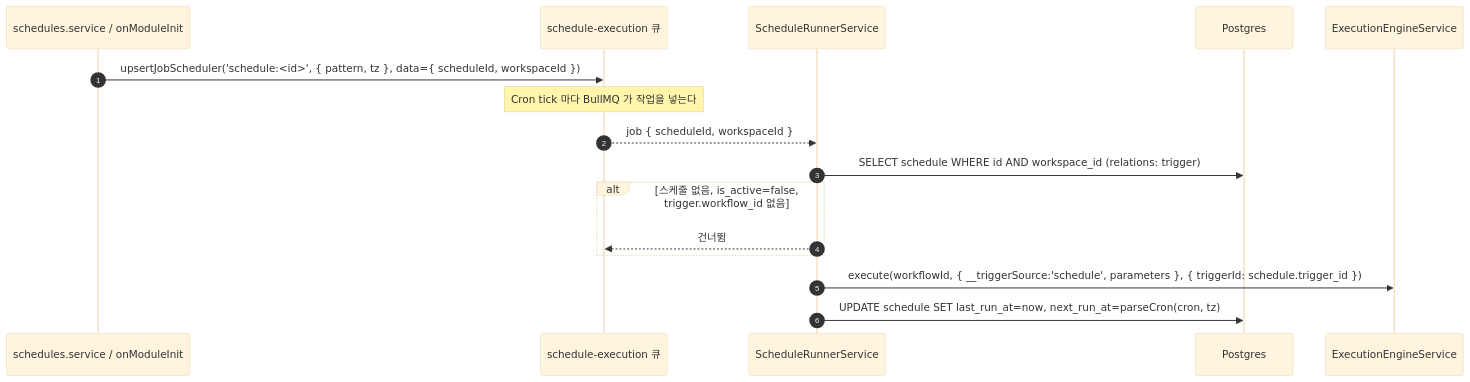
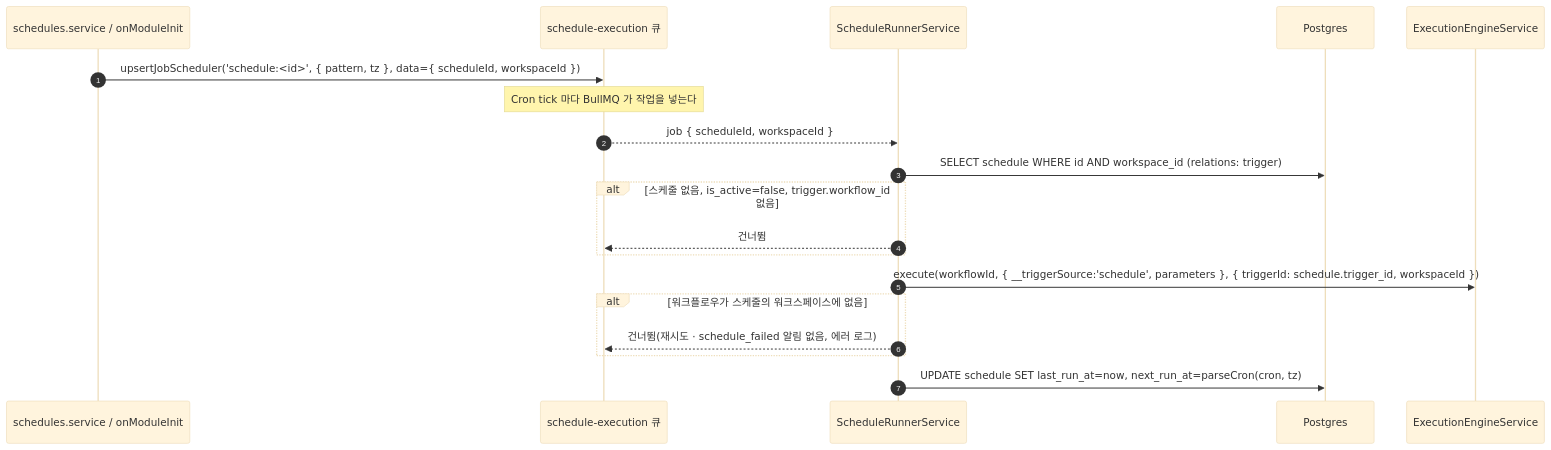
One commit to worker-ants/clemvion changed the fourth of 6 diagrams in spec/CLE-TRIG/CLE-TRIG-DATA.md. Above: the diagram before and after it, drawn with Mermaid (base theme). The commit also changed other lines of this file and 31 other files, not shown here.

First line of the commit message:
저장된 트리거 · 스케줄이 다른 워크스페이스의 워크플로우를 실행하지 못하게 한다 (CLE-T-XYR067) (#1495)

````diff
--- a/spec/CLE-TRIG/CLE-TRIG-DATA.md
+++ b/spec/CLE-TRIG/CLE-TRIG-DATA.md
@@ -273,18 +276,21 @@
 ```mermaid
 sequenceDiagram
     autonumber
     participant Reg as schedules.service / onModuleInit
     participant Q as schedule-execution 큐
     participant Proc as ScheduleRunnerService
     participant PG as Postgres
     participant Eng as ExecutionEngineService
     Reg->>Q: upsertJobScheduler('schedule:<id>', { pattern, tz }, data={ scheduleId, workspaceId })
     Note over Q: Cron tick 마다 BullMQ 가 작업을 넣는다
     Q-->>Proc: job { scheduleId, workspaceId }
     Proc->>PG: SELECT schedule WHERE id AND workspace_id (relations: trigger)
     alt 스케줄 없음, is_active=false, trigger.workflow_id 없음
         Proc-->>Q: 건너뜀
     end
-    Proc->>Eng: execute(workflowId, { __triggerSource:'schedule', parameters }, { triggerId: schedule.trigger_id })
+    Proc->>Eng: execute(workflowId, { __triggerSource:'schedule', parameters }, { triggerId: schedule.trigger_id, workspaceId })
+    alt 워크플로우가 스케줄의 워크스페이스에 없음
+        Proc-->>Q: 건너뜀(재시도 · schedule_failed 알림 없음, 에러 로그)
+    end
     Proc->>PG: UPDATE schedule SET last_run_at=now, next_run_at=parseCron(cron, tz)
 ```
````
